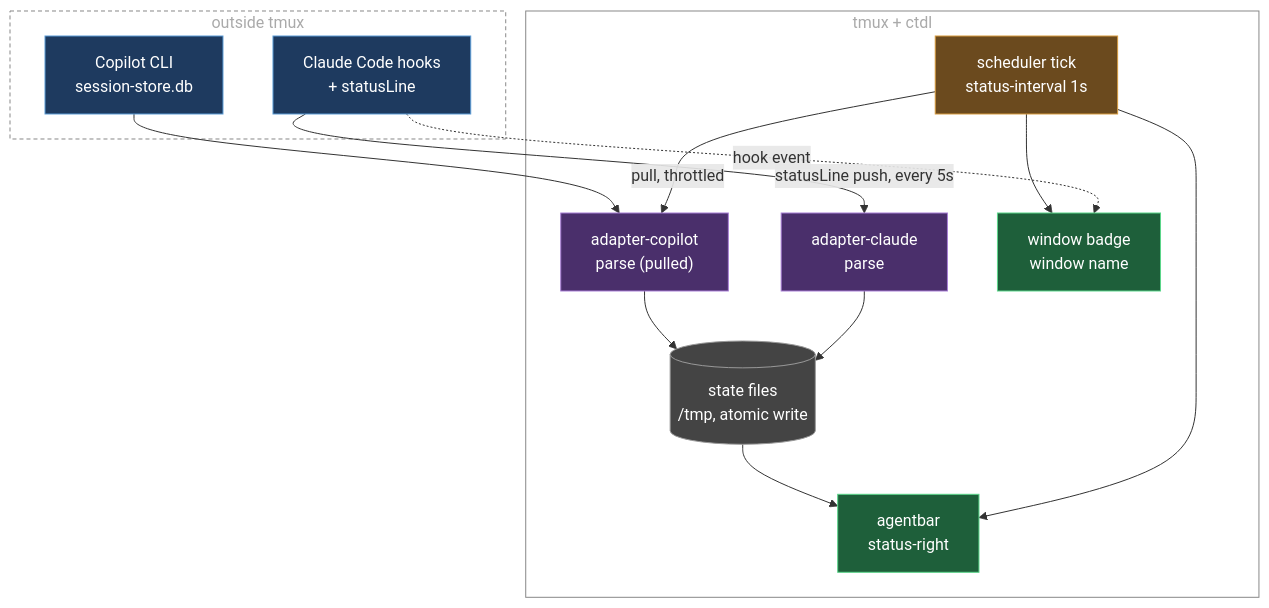
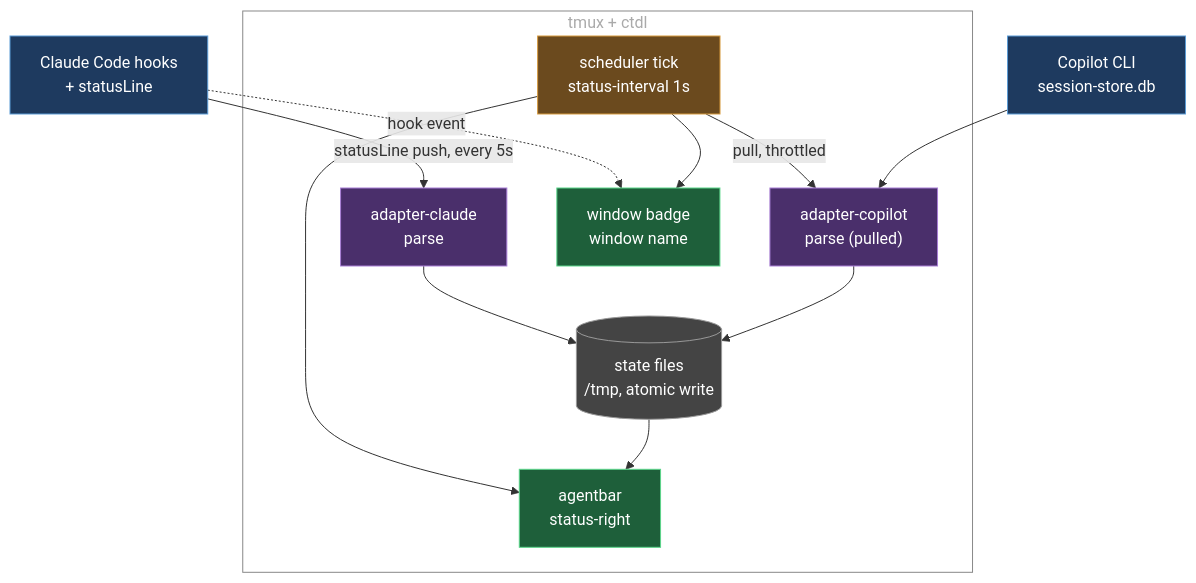
Before and after one commit to marcintk/tmux-ctdl: the diagram in README.md, drawn with Mermaid.

Commit message:
docs: drop outside-tmux subgraph, keep Claude/Copilot boxes unboxed

````diff
--- a/README.md
+++ b/README.md
@@ -111,36 +111,33 @@
 ```mermaid
 graph TD
-  subgraph outside["outside tmux"]
-    claude["Claude Code hooks<br/>+ statusLine"]:::src
-    copilot["Copilot CLI<br/>session-store.db"]:::src
-  end
+  claude["Claude Code hooks<br/>+ statusLine"]:::src
+  copilot["Copilot CLI<br/>session-store.db"]:::src
 
   subgraph ctdl["tmux + ctdl"]
     tick["scheduler tick<br/>status-interval 1s"]:::sched
     adapterClaude["adapter-claude<br/>parse"]:::adapter
     adapterCopilot["adapter-copilot<br/>parse (pulled)"]:::adapter
     state[("state files<br/>/tmp, atomic write")]:::store
     agentbar["agentbar<br/>status-right"]:::out
     wintab["window badge<br/>window name"]:::out
   end
 
   claude -- statusLine push, every 5s --> adapterClaude
   tick -- pull, throttled --> adapterCopilot
   copilot --> adapterCopilot
 
   adapterClaude --> state
   adapterCopilot --> state
   claude -. hook event .-> wintab
 
   tick --> agentbar
   tick --> wintab
   state --> agentbar
 
   classDef src fill:#1e3a5f,stroke:#5b9bd5,color:#fff
   classDef adapter fill:#4a2f6b,stroke:#a97fd6,color:#fff
   classDef store fill:#444,stroke:#999,color:#fff
   classDef sched fill:#6b4a1e,stroke:#d69a3f,color:#fff
   classDef out fill:#1e5f3a,stroke:#5bd68a,color:#fff
-  style outside fill:none,stroke:#888,stroke-dasharray:4 3,color:#aaa
   style ctdl fill:none,stroke:#888,color:#aaa
 ```
````
